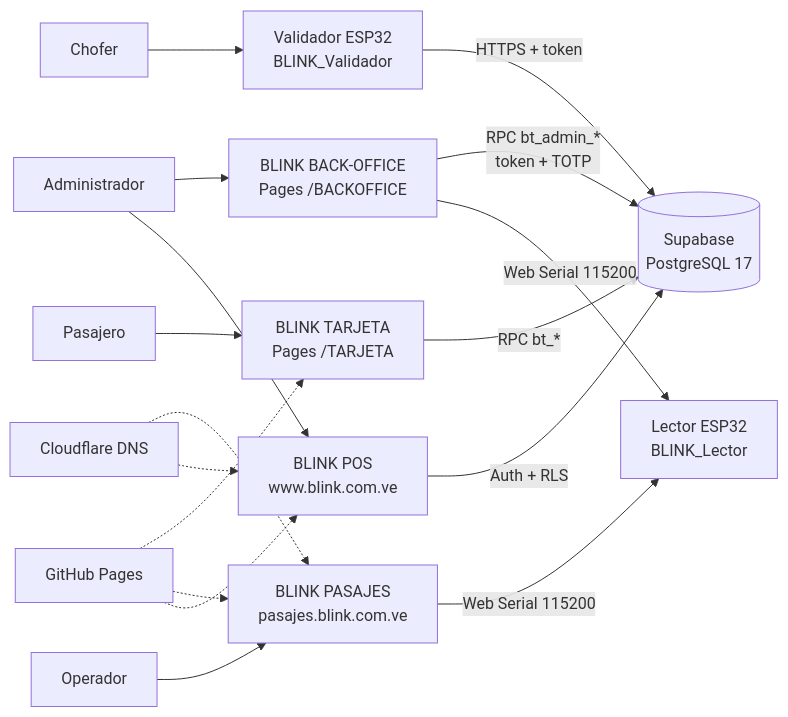
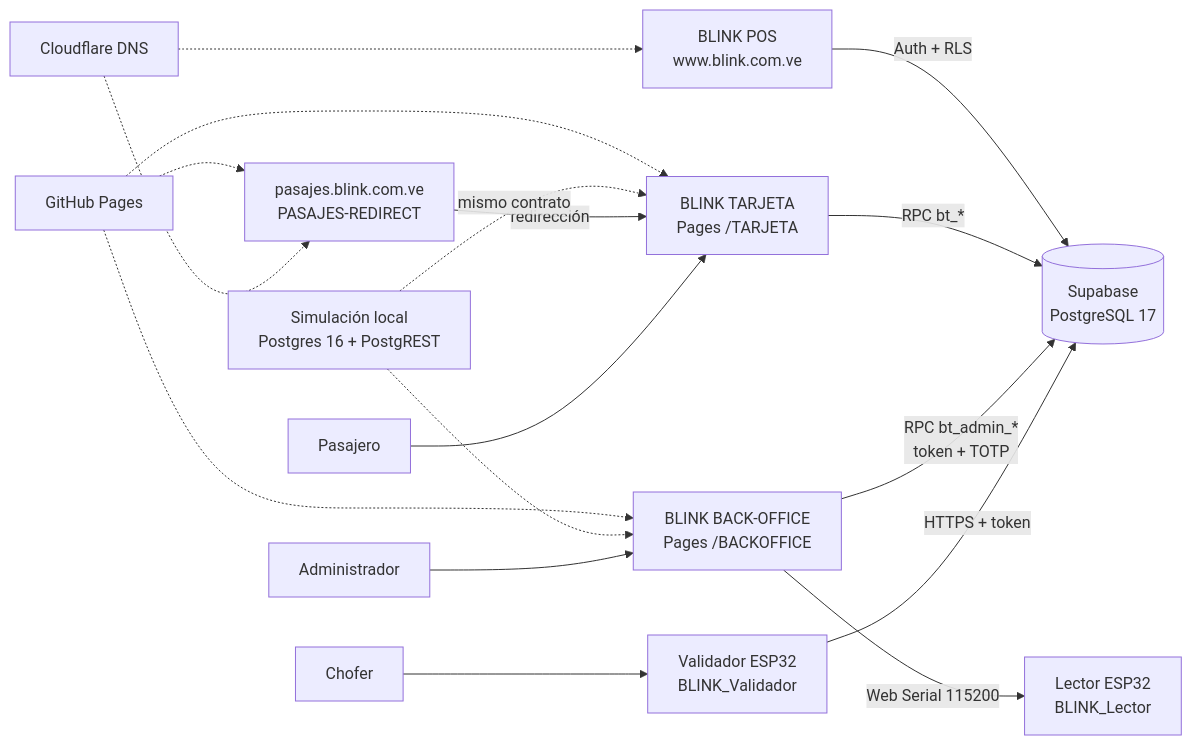
One commit to BLINK-SERVERS/TARJETA changed the diagram in docs/02-arquitectura.md. Above: the diagram before and after it, drawn with Mermaid. The commit also changed other lines of this file and 34 other files, not shown here.

First line of the commit message:
Reduce el ecosistema a TARJETA y back-office con simulación local

````diff
--- a/docs/02-arquitectura.md
+++ b/docs/02-arquitectura.md
@@ -13,19 +13,19 @@
 ```mermaid
 flowchart LR
   P[Pasajero] --> T[BLINK TARJETA<br/>Pages /TARJETA]
   C[Chofer] --> V[Validador ESP32<br/>BLINK_Validador]
   V -->|HTTPS + token| S[(Supabase<br/>PostgreSQL 17)]
-  O[Operador] --> J[BLINK PASAJES<br/>pasajes.blink.com.ve]
-  J -->|Web Serial 115200| L[Lector ESP32<br/>BLINK_Lector]
   A[Administrador] --> B[BLINK BACK-OFFICE<br/>Pages /BACKOFFICE]
   B -->|RPC bt_admin_*<br/>token + TOTP| S
-  B -->|Web Serial 115200| L
-  A[Administrador] --> K[BLINK POS<br/>www.blink.com.ve]
+  B -->|Web Serial 115200| L[Lector ESP32<br/>BLINK_Lector]
+  T -->|RPC bt_*| S
+  R[pasajes.blink.com.ve<br/>PASAJES-REDIRECT] -->|redirección| T
+  M[Simulación local<br/>Postgres 16 + PostgREST] -.->|mismo contrato| T
+  M -.-> B
+  CF[Cloudflare DNS] -.-> R
+  CF -.-> K[BLINK POS<br/>www.blink.com.ve]
+  GH[GitHub Pages] -.-> T
+  GH -.-> R
+  GH -.-> B
   K -->|Auth + RLS| S
-  T -->|RPC bt_*| S
-  CF[Cloudflare DNS] -.-> J
-  CF -.-> K
-  GH[GitHub Pages] -.-> T
-  GH -.-> J
-  GH -.-> K
 ```
````
